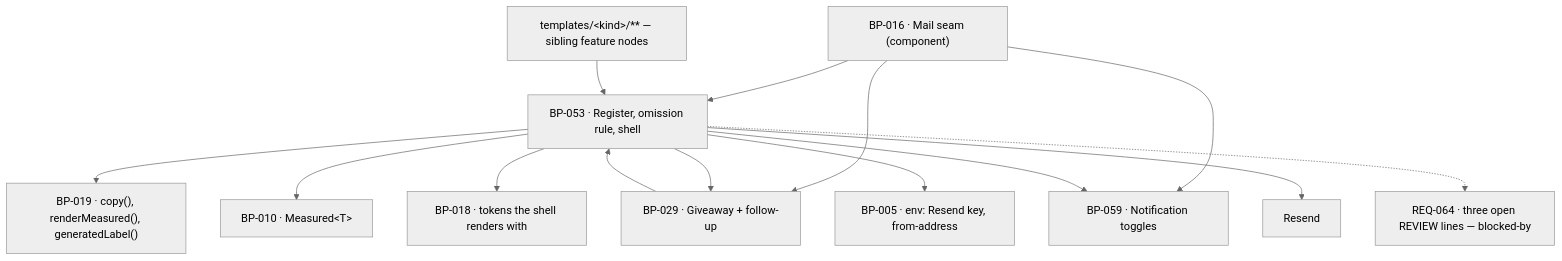
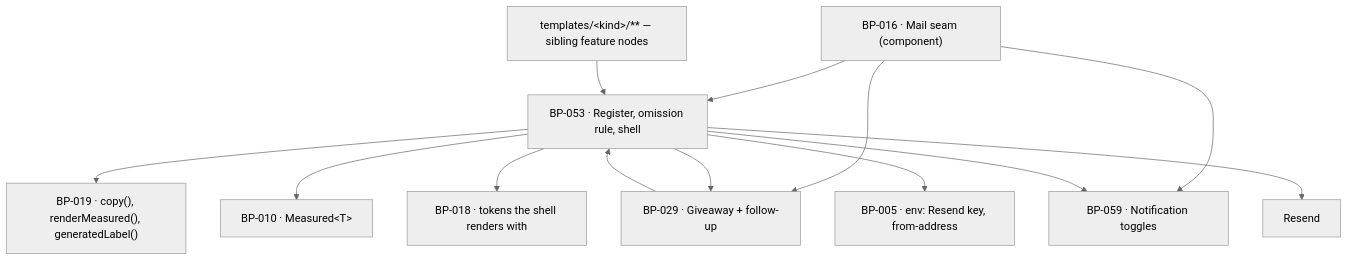
One commit to tim-clifford6991/reachkitv3 changed the diagram in sdlc-factory/docs/blueprints/BP-053.md. Above: the diagram before and after it, drawn with Mermaid (neutral theme). The commit also changed other lines of this file and 30 other files, not shown here.

First line of the commit message:
feat(blueprints): fold the publish-live rulings into the architecture

````diff
--- a/sdlc-factory/docs/blueprints/BP-053.md
+++ b/sdlc-factory/docs/blueprints/BP-053.md
@@ -57,17 +57,16 @@
 ```mermaid
 graph TD
   BP016["BP-016 · Mail seam (component)"]
   BP016 --> BP053["BP-053 · Register, omission rule, shell"]
   BP016 --> BP029["BP-029 · Giveaway + follow-up"]
   BP016 --> BP059["BP-059 · Notification toggles"]
   BP029 --> BP053
   TPL["templates/&lt;kind&gt;/** — sibling feature nodes"] --> BP053
   BP053 --> BP019["BP-019 · copy(), renderMeasured(), generatedLabel()"]
   BP053 --> BP010["BP-010 · Measured&lt;T&gt;"]
   BP053 --> BP018["BP-018 · tokens the shell renders with"]
   BP053 --> BP059
   BP053 --> BP029
   BP053 --> BP005["BP-005 · env: Resend key, from-address"]
   BP053 --> RESEND["Resend"]
-  BP053 -.-> REQ064["REQ-064 · three open REVIEW lines — blocked-by"]
 ```
````
